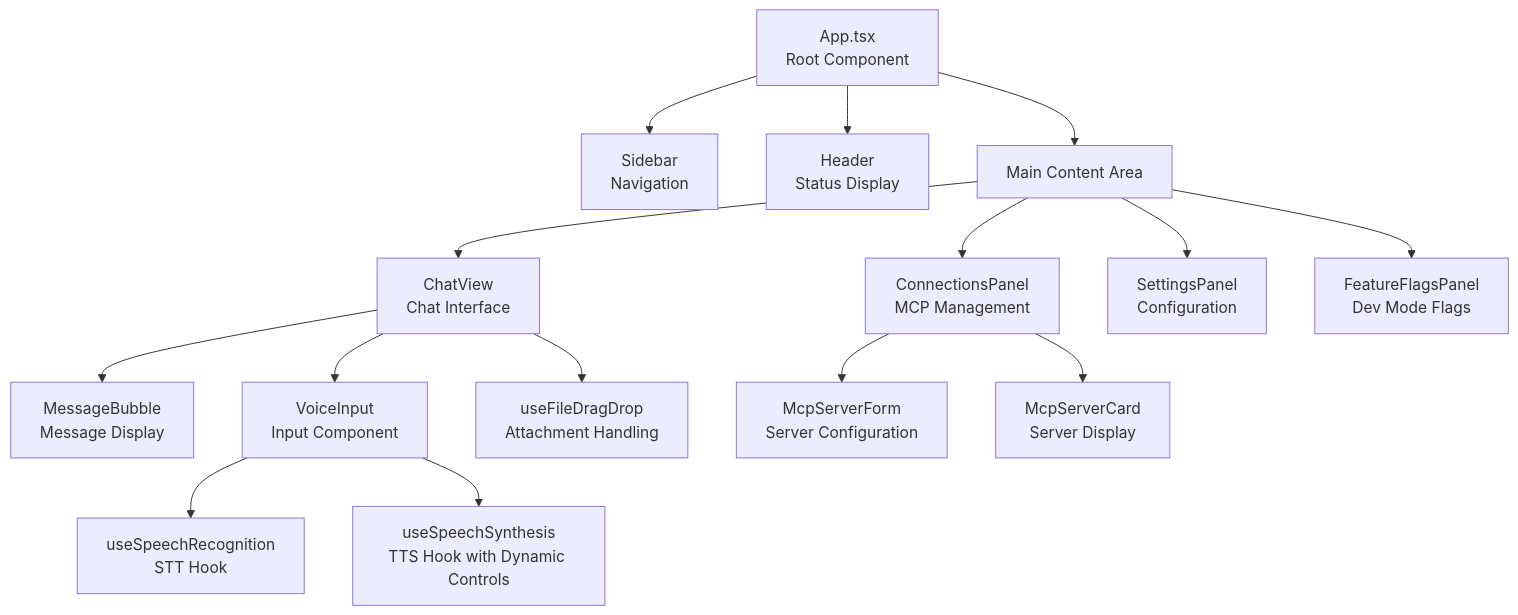
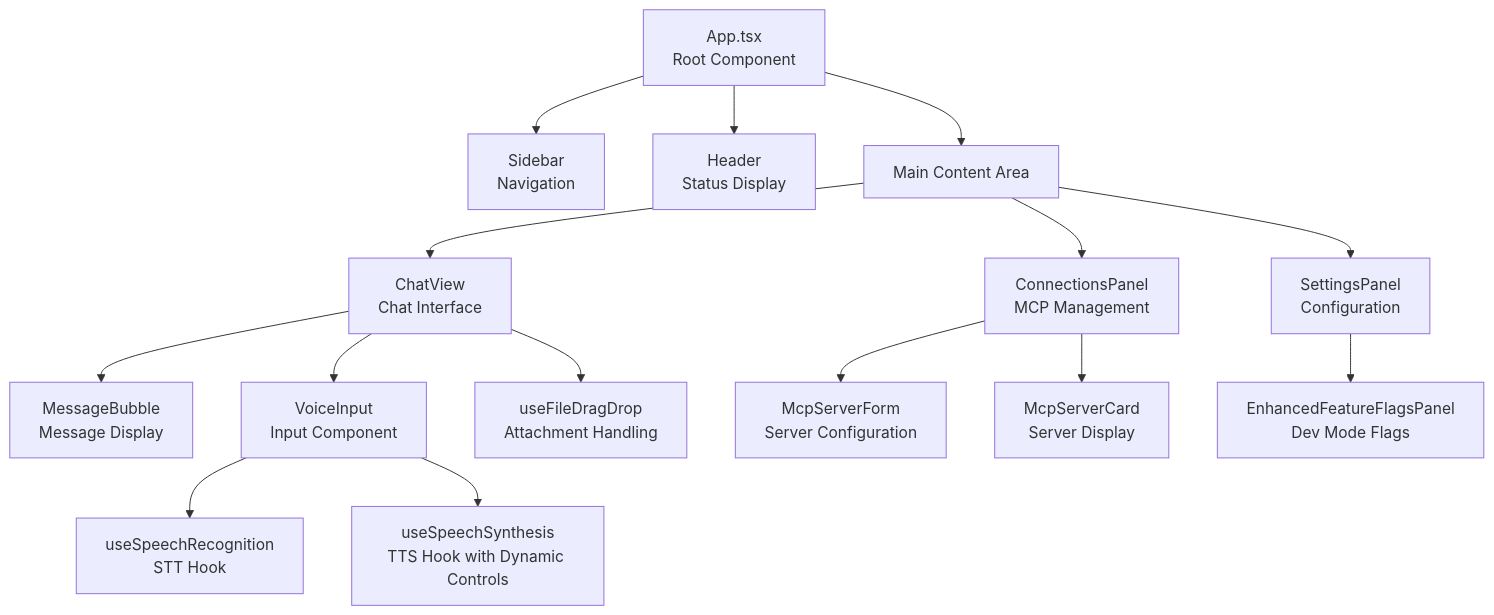
One commit to meharajM/ai-worker-desktop changed the sixth of 36 diagrams in architecture.md. Above: the diagram before and after it, drawn with Mermaid. The commit also changed other lines of this file, not shown here.

Commit message:
docs: update renderer architecture diagrams

````diff
--- a/architecture.md
+++ b/architecture.md
@@ -268,23 +266,23 @@
 ```mermaid
 graph TD
     App[App.tsx<br/>Root Component]
 
     App --> Sidebar[Sidebar<br/>Navigation]
     App --> Header[Header<br/>Status Display]
     App --> Main[Main Content Area]
 
     Main --> ChatView[ChatView<br/>Chat Interface]
     Main --> ConnectionsPanel[ConnectionsPanel<br/>MCP Management]
     Main --> SettingsPanel[SettingsPanel<br/>Configuration]
-    Main --> FeatureFlagsPanel[FeatureFlagsPanel<br/>Dev Mode Flags]
+    SettingsPanel --> EnhancedFeatureFlagsPanel[EnhancedFeatureFlagsPanel<br/>Dev Mode Flags]
     
     ChatView --> MessageBubble[MessageBubble<br/>Message Display]
     ChatView --> VoiceInput[VoiceInput<br/>Input Component]
 
     ConnectionsPanel --> McpServerForm[McpServerForm<br/>Server Configuration]
     ConnectionsPanel --> McpServerCard[McpServerCard<br/>Server Display]
 
     VoiceInput --> SpeechRecognition[useSpeechRecognition<br/>STT Hook]
     VoiceInput --> SpeechSynthesis[useSpeechSynthesis<br/>TTS Hook with Dynamic Controls]
     ChatView --> UseFileDragDrop[useFileDragDrop<br/>Attachment Handling]
 ```
````
